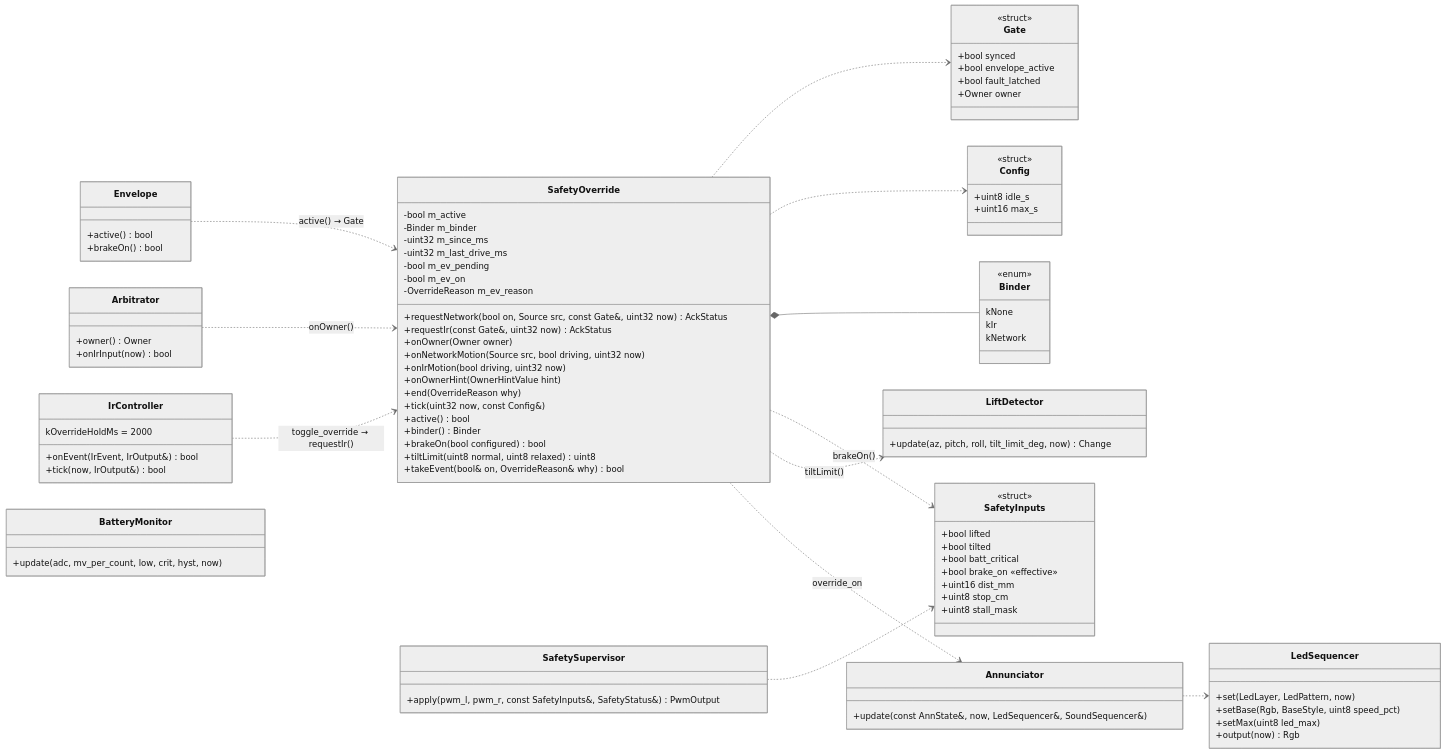
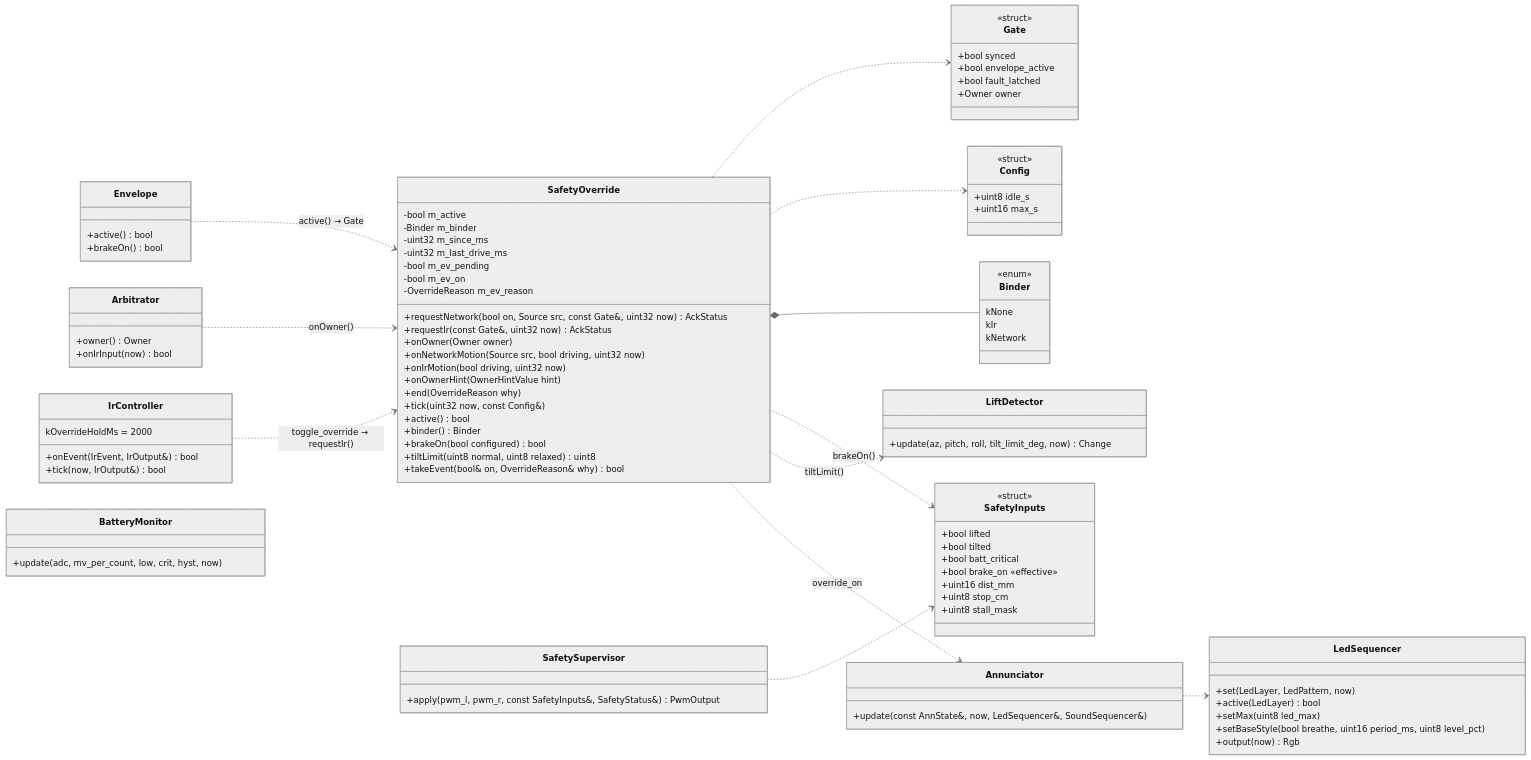
Before and after one commit to mannuray/conqueror: diagram 25 of 27 in docs/lld/uno-firmware-lld.md, drawn with Mermaid (neutral theme). The commit also changed other lines of this file, not shown here.

```diff
--- a/docs/lld/uno-firmware-lld.md
+++ b/docs/lld/uno-firmware-lld.md
@@ -1408,8 +1408,9 @@
     }
     class LedSequencer {
       +set(LedLayer, LedPattern, now)
-      +setBase(Rgb, BaseStyle, uint8 speed_pct)
+      +active(LedLayer) bool
       +setMax(uint8 led_max)
+      +setBaseStyle(bool breathe, uint16 period_ms, uint8 level_pct)
       +output(now) Rgb
     }
     class BatteryMonitor {
```
